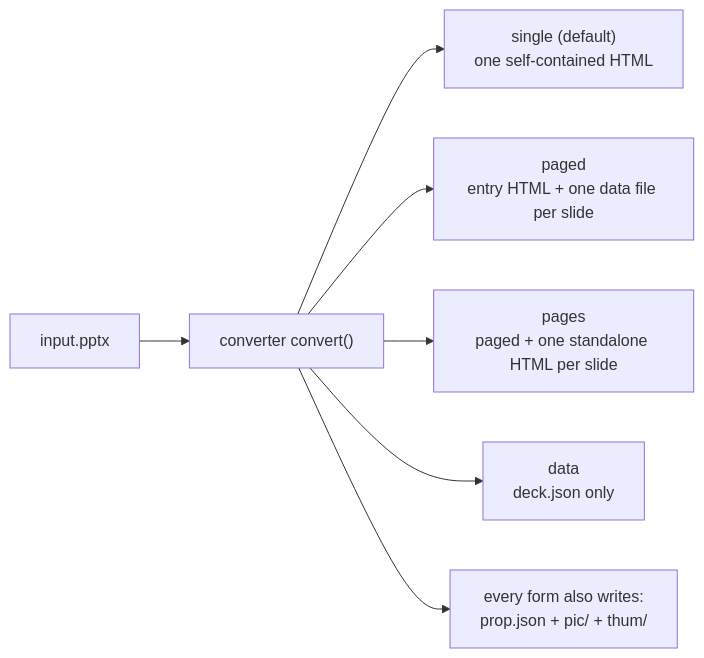
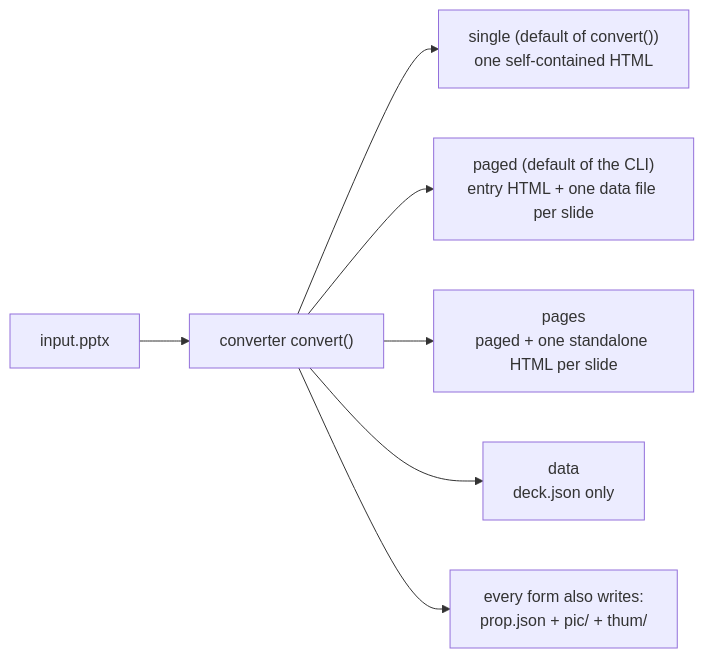
The first of 3 diagrams in docs/en/output-format.md (spitmaster/unppt), drawn with Mermaid before and after one commit. The commit also changed other lines of this file and 1 other file, not shown here.

Commit message:
docs: 产物格式——版本号 0.3.1；single 是 convert() 的默认、paged 是命令行的默认，主文件名按现在的输出位置写（index.html / deck.json）

````diff
--- a/docs/en/output-format.md
+++ b/docs/en/output-format.md
@@ -50,9 +50,9 @@
 ```mermaid
 flowchart LR
   pptx["input.pptx"] --> conv["converter convert()"]
-  conv --> single["single (default)<br/>one self-contained HTML"]
-  conv --> paged["paged<br/>entry HTML + one data file per slide"]
+  conv --> single["single (default of convert())<br/>one self-contained HTML"]
+  conv --> paged["paged (default of the CLI)<br/>entry HTML + one data file per slide"]
   conv --> pages["pages<br/>paged + one standalone HTML per slide"]
   conv --> data["data<br/>deck.json only"]
   conv --> prop["every form also writes:<br/>prop.json + pic/ + thum/"]
 ```
````
